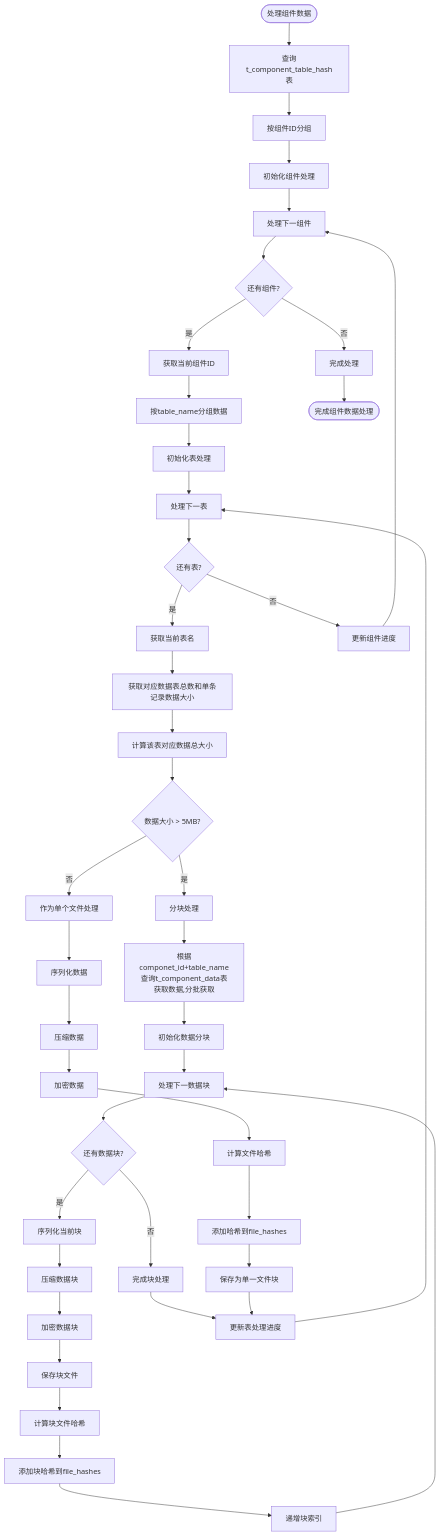
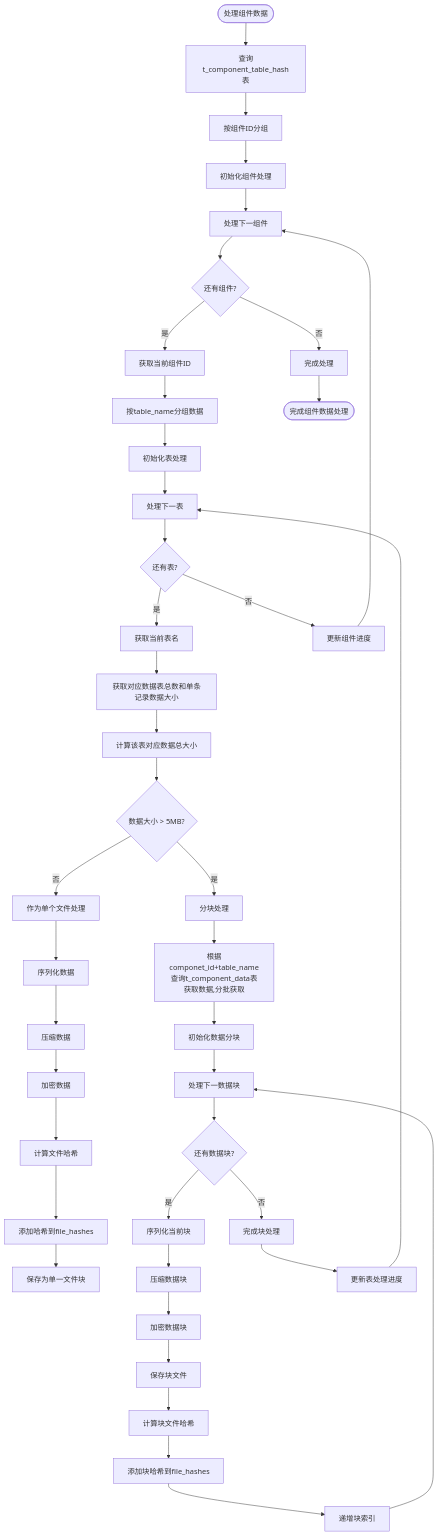
Before and after one commit to yingjianzh/iodraw-files: the diagram in all/未命名-56.md, drawn with Mermaid.

Commit message:
2025-05-12 14:39:25 update

````diff
--- a/all/未命名-56.md
+++ b/all/未命名-56.md
@@ -1,62 +1,61 @@
 ```mermaid
 
 flowchart TD
     Start([处理组件数据]) --> QueryDB[查询t_component_table_hash表]
     QueryDB --> GroupByComp[按组件ID分组]
     GroupByComp --> InitCompProcess[初始化组件处理]
     
     InitCompProcess --> ProcessNextComp[处理下一组件]
     ProcessNextComp --> MoreComps{还有组件?}
     MoreComps -->|否| CompleteProcess[完成处理]
     MoreComps -->|是| GetCompID[获取当前组件ID]
     
     GetCompID --> GroupByTable[按table_name分组数据]
     GroupByTable --> InitTableProcess[初始化表处理]
     
     InitTableProcess --> ProcessNextTable[处理下一表]
     ProcessNextTable --> MoreTables{还有表?}
 
     MoreTables -->|是| GetTableName[获取当前表名]
     MoreTables -->|否| UpdateCompProgress[更新组件进度]
     
     UpdateCompProgress --> ProcessNextComp
     
     GetTableName --> CheckDataSize[获取对应数据表总数和单条记录数据大小]
     CheckDataSize --> TotalSize[计算该表对应数据总大小]
 
     TotalSize --> DataSize{数据大小 > 5MB?}
    
     DataSize -->|否| ProcessSingleFile[作为单个文件处理]
     DataSize -->|是| ProcessMultipleChunks[分块处理]
 
     ProcessMultipleChunks --> QueryTableData[根据componet_id+table_name查询t_component_data表获取数据,分批获取]
     
     ProcessSingleFile --> SerializeData[序列化数据]
     SerializeData --> CompressData[压缩数据]
     CompressData --> EncryptData[加密数据]
     EncryptData --> CalcFileHash[计算文件哈希]
     CalcFileHash --> AddToFileHashes[添加哈希到file_hashes]
     AddToFileHashes --> SaveSingleFile[保存为单一文件块]
 
     QueryTableData --> InitChunks[初始化数据分块]
     InitChunks --> ProcessNextChunk[处理下一数据块]
     
     ProcessNextChunk --> MoreChunks{还有数据块?}
     MoreChunks -->|否| CompleteChunks[完成块处理]
     MoreChunks -->|是| SerializeChunk[序列化当前块]
     
     SerializeChunk --> CompressChunk[压缩数据块]
     CompressChunk --> EncryptChunk[加密数据块]
     EncryptChunk --> SaveChunkFile[保存块文件]
     SaveChunkFile --> CalcChunkHash[计算块文件哈希]
     CalcChunkHash --> AddChunkHash[添加块哈希到file_hashes]
     AddChunkHash --> IncrementChunkIndex[递增块索引]
     IncrementChunkIndex --> ProcessNextChunk
     
     CompleteChunks --> UpdateTableProgress[更新表处理进度]
-    SaveSingleFile --> UpdateTableProgress
     UpdateTableProgress --> ProcessNextTable
     
     CompleteProcess --> End([完成组件数据处理])
 
 ```
````
